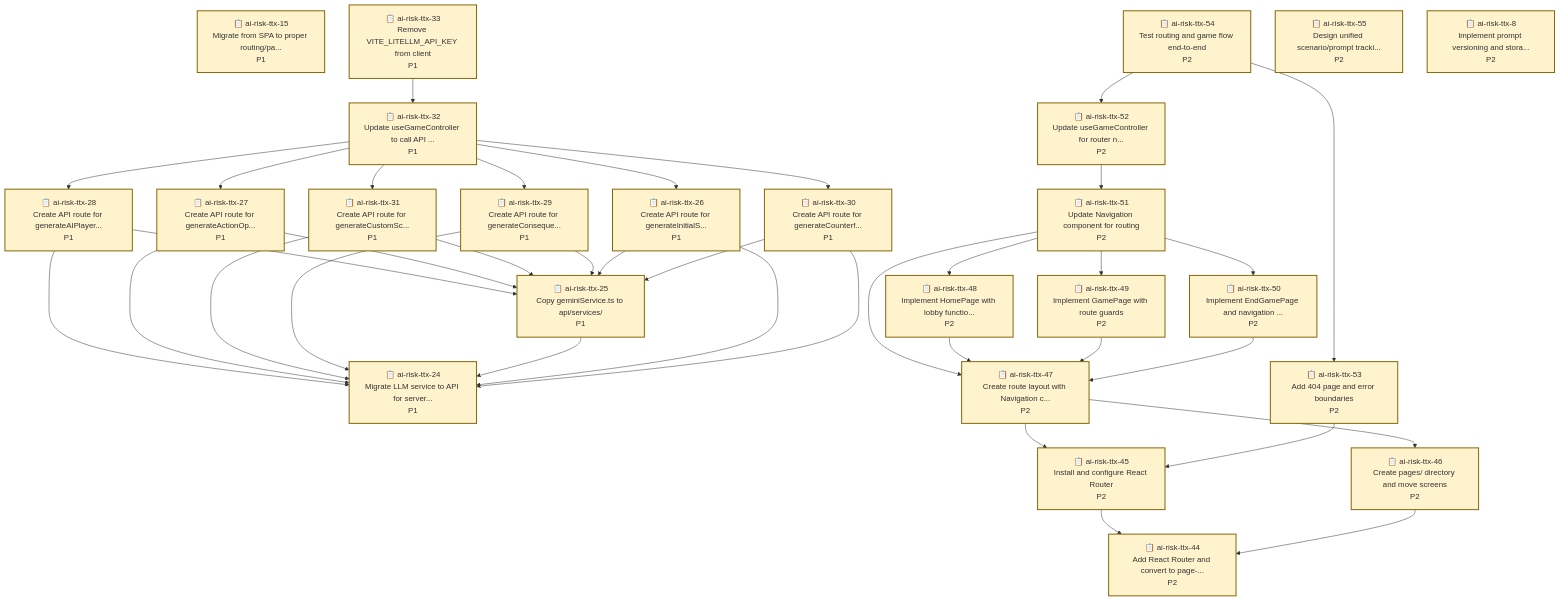
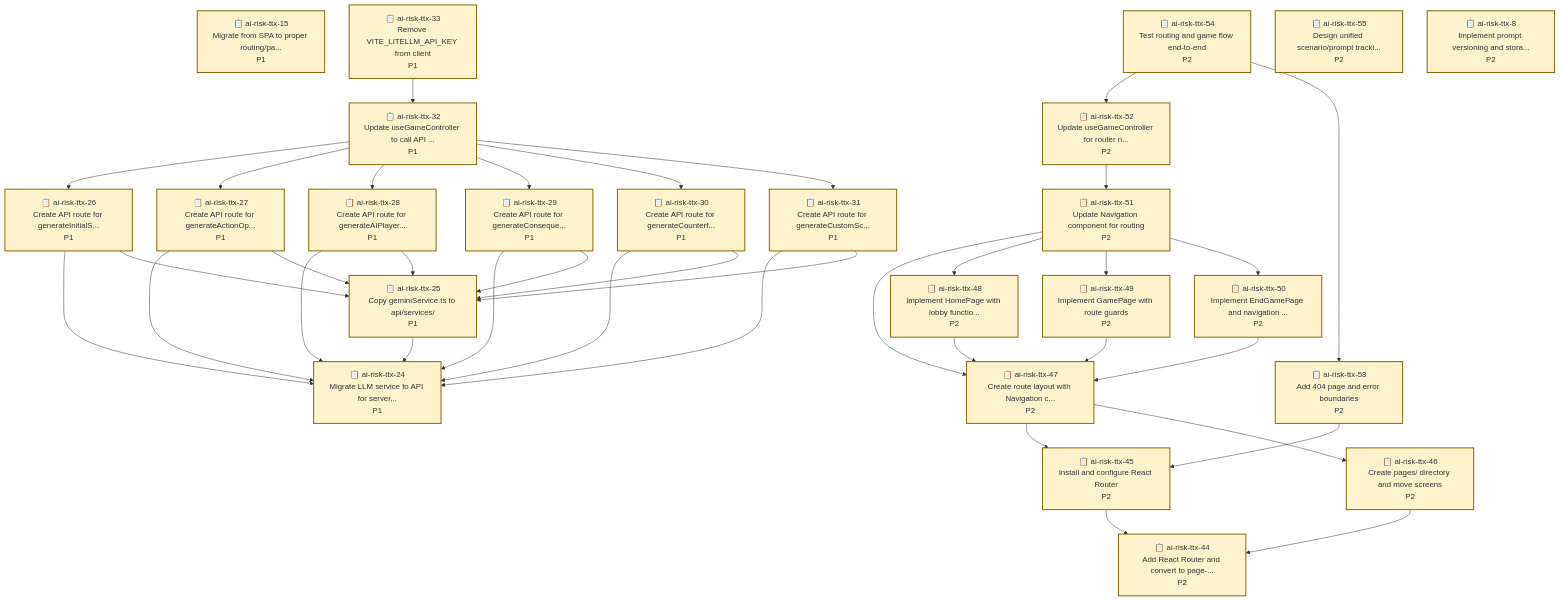
Before and after one commit to bhi5hmaraj/ai-risk-ttx: the diagram in README.md, drawn with Mermaid. The commit also changed other lines of this file and 8 other files, not shown here.

````diff
--- a/README.md
+++ b/README.md
@@ -270,39 +270,39 @@
     ai-risk-ttx-8["📋 ai-risk-ttx-8<br/>Implement prompt versioning and stora...<br/>P2"]
     style ai-risk-ttx-8 fill:#fff3cd,stroke:#856404,stroke-width:2px
 
+    ai-risk-ttx-33 --> ai-risk-ttx-32
+    ai-risk-ttx-29 --> ai-risk-ttx-24
+    ai-risk-ttx-29 --> ai-risk-ttx-25
     ai-risk-ttx-51 --> ai-risk-ttx-47
     ai-risk-ttx-51 --> ai-risk-ttx-48
     ai-risk-ttx-51 --> ai-risk-ttx-49
     ai-risk-ttx-51 --> ai-risk-ttx-50
-    ai-risk-ttx-28 --> ai-risk-ttx-24
-    ai-risk-ttx-28 --> ai-risk-ttx-25
+    ai-risk-ttx-30 --> ai-risk-ttx-24
+    ai-risk-ttx-30 --> ai-risk-ttx-25
     ai-risk-ttx-27 --> ai-risk-ttx-24
     ai-risk-ttx-27 --> ai-risk-ttx-25
-    ai-risk-ttx-48 --> ai-risk-ttx-47
-    ai-risk-ttx-45 --> ai-risk-ttx-44
-    ai-risk-ttx-47 --> ai-risk-ttx-45
-    ai-risk-ttx-47 --> ai-risk-ttx-46
-    ai-risk-ttx-31 --> ai-risk-ttx-24
-    ai-risk-ttx-31 --> ai-risk-ttx-25
-    ai-risk-ttx-29 --> ai-risk-ttx-24
-    ai-risk-ttx-29 --> ai-risk-ttx-25
-    ai-risk-ttx-54 --> ai-risk-ttx-52
-    ai-risk-ttx-54 --> ai-risk-ttx-53
-    ai-risk-ttx-33 --> ai-risk-ttx-32
-    ai-risk-ttx-46 --> ai-risk-ttx-44
-    ai-risk-ttx-25 --> ai-risk-ttx-24
-    ai-risk-ttx-26 --> ai-risk-ttx-24
-    ai-risk-ttx-26 --> ai-risk-ttx-25
-    ai-risk-ttx-52 --> ai-risk-ttx-51
-    ai-risk-ttx-49 --> ai-risk-ttx-47
-    ai-risk-ttx-30 --> ai-risk-ttx-24
-    ai-risk-ttx-30 --> ai-risk-ttx-25
-    ai-risk-ttx-53 --> ai-risk-ttx-45
-    ai-risk-ttx-50 --> ai-risk-ttx-47
     ai-risk-ttx-32 --> ai-risk-ttx-26
     ai-risk-ttx-32 --> ai-risk-ttx-27
     ai-risk-ttx-32 --> ai-risk-ttx-28
     ai-risk-ttx-32 --> ai-risk-ttx-29
     ai-risk-ttx-32 --> ai-risk-ttx-30
     ai-risk-ttx-32 --> ai-risk-ttx-31
+    ai-risk-ttx-47 --> ai-risk-ttx-45
+    ai-risk-ttx-47 --> ai-risk-ttx-46
+    ai-risk-ttx-53 --> ai-risk-ttx-45
+    ai-risk-ttx-54 --> ai-risk-ttx-52
+    ai-risk-ttx-54 --> ai-risk-ttx-53
+    ai-risk-ttx-31 --> ai-risk-ttx-24
+    ai-risk-ttx-31 --> ai-risk-ttx-25
+    ai-risk-ttx-52 --> ai-risk-ttx-51
+    ai-risk-ttx-50 --> ai-risk-ttx-47
+    ai-risk-ttx-48 --> ai-risk-ttx-47
+    ai-risk-ttx-49 --> ai-risk-ttx-47
+    ai-risk-ttx-45 --> ai-risk-ttx-44
+    ai-risk-ttx-46 --> ai-risk-ttx-44
+    ai-risk-ttx-28 --> ai-risk-ttx-24
+    ai-risk-ttx-28 --> ai-risk-ttx-25
+    ai-risk-ttx-26 --> ai-risk-ttx-24
+    ai-risk-ttx-26 --> ai-risk-ttx-25
+    ai-risk-ttx-25 --> ai-risk-ttx-24
 ```
````
